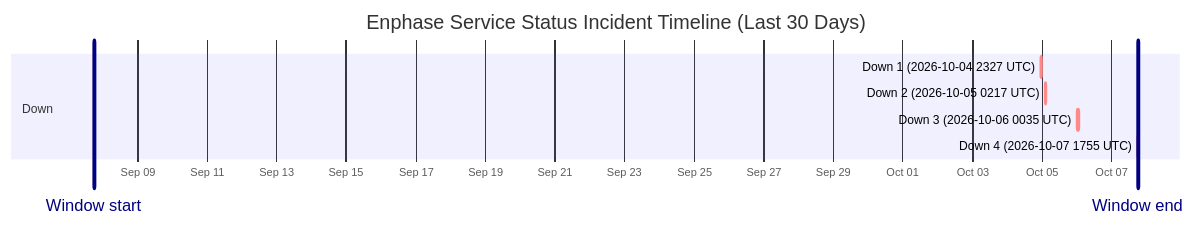
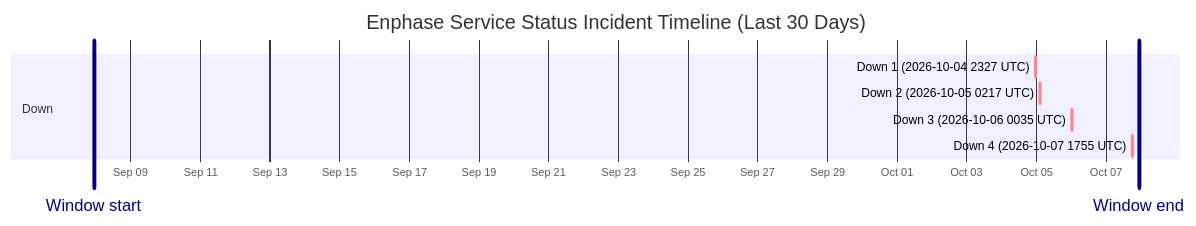
The diagram in wiki/Service-Status-History.md (barneyonline/ha-enphase-energy), drawn with Mermaid before and after one commit. The commit also changed other lines of this file and 5 other files, not shown here.

````diff
--- a/wiki/Service-Status-History.md
+++ b/wiki/Service-Status-History.md
@@ -14,13 +14,13 @@
 ```mermaid
 gantt
     title Enphase Service Status Incident Timeline (Last 30 Days)
     dateFormat  YYYY-MM-DDTHH:mm:ss
     axisFormat  %b %d
-    Window start :vert, window-start, 2026-09-07T17:55:16, 0ms
-    Window end :vert, window-end, 2026-10-07T17:55:16, 0ms
+    Window start :vert, window-start, 2026-09-07T22:44:14, 0ms
+    Window end :vert, window-end, 2026-10-07T22:44:14, 0ms
     section Down
     Down 1 (2026-10-04 2327 UTC) :crit, down-1, 2026-10-04T23:27:34, 60m
     Down 2 (2026-10-05 0217 UTC) :crit, down-2, 2026-10-05T02:17:30, 60m
     Down 3 (2026-10-06 0035 UTC) :crit, down-3, 2026-10-06T00:35:21, 60m
     Down 4 (2026-10-07 1755 UTC) :crit, down-4, 2026-10-07T17:55:16, 60m
 ```
````
